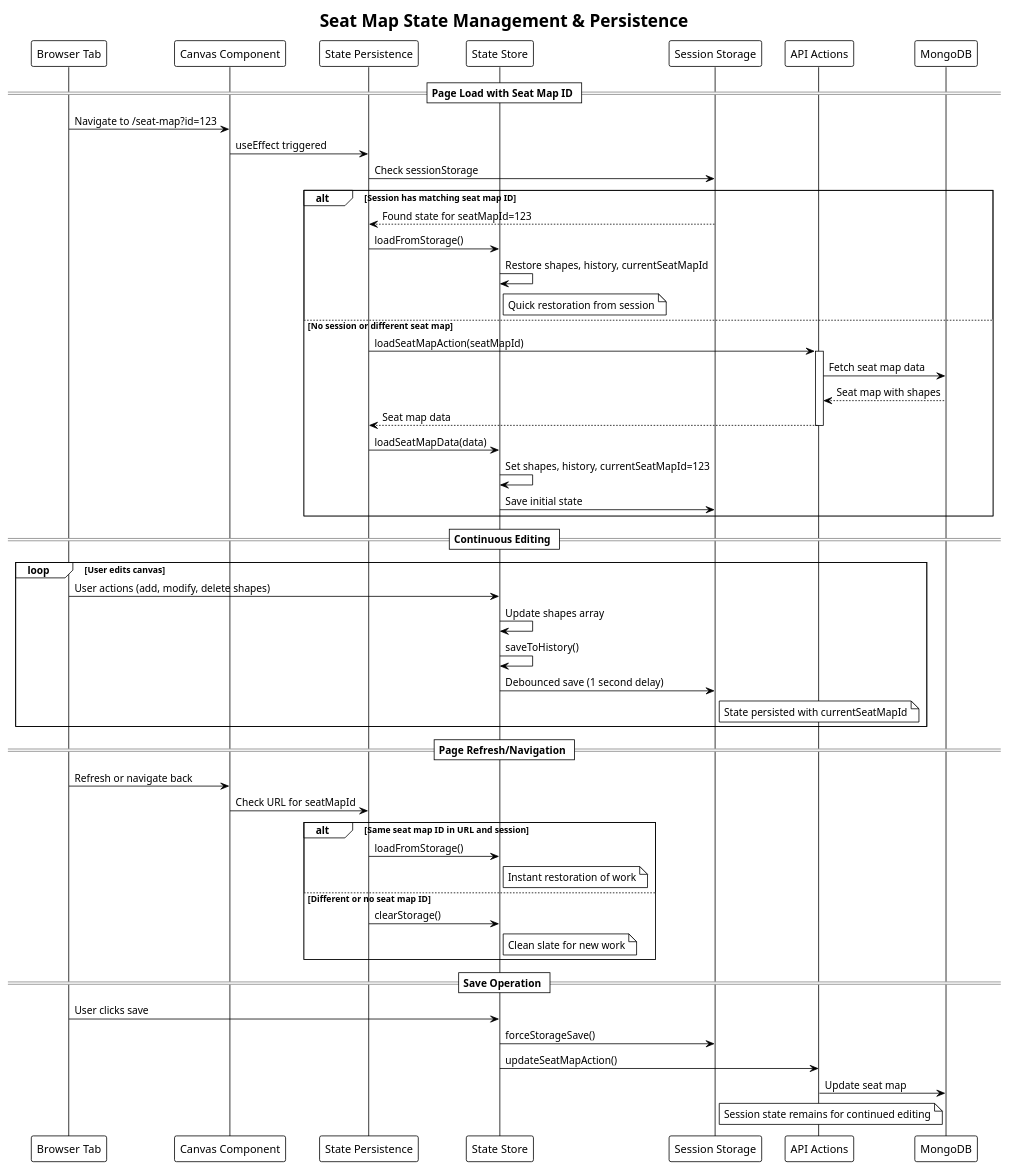
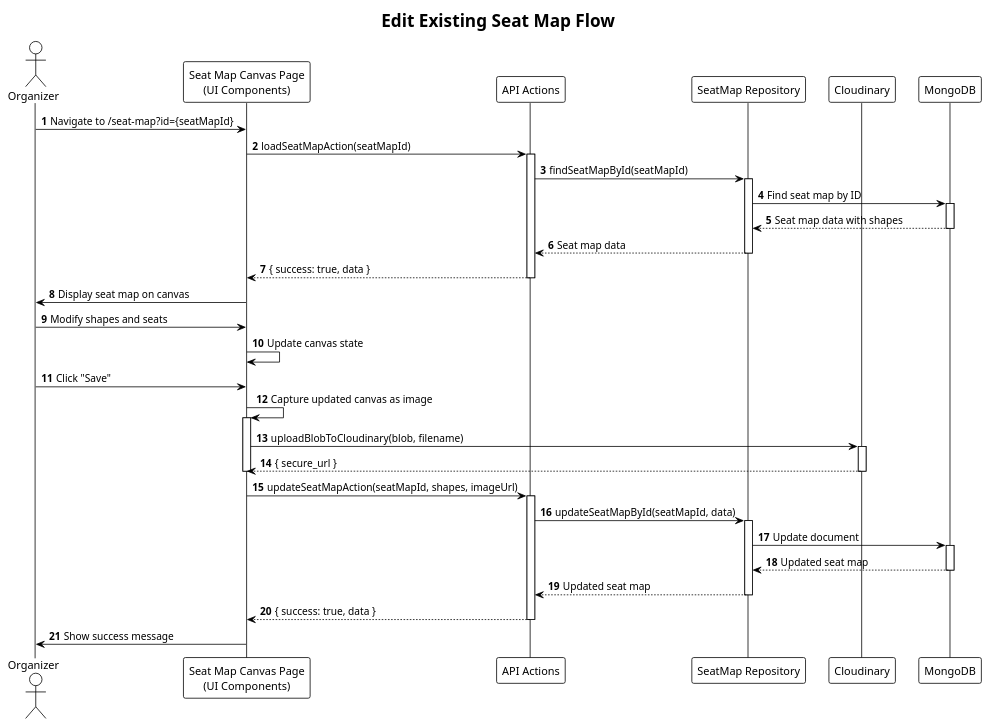
The fifth of 6 diagrams in puml/seat-map.puml (VieTicket/vieticket-monorepo), drawn with PlantUML before and after one commit. The commit also changed other lines of this file and 183 other files, not shown here.

```diff
--- a/puml/seat-map.puml
+++ b/puml/seat-map.puml
@@ -223,63 +289,61 @@
-@startuml seat-map-state-management
+@startuml edit-existing-seat-map
+autonumber
 !theme plain
-title Seat Map State Management & Persistence
+title Edit Existing Seat Map Flow
 
-participant "Browser Tab" as Browser
-participant "Canvas Component" as Canvas
-participant "State Persistence" as Persistence
-participant "State Store" as Store
-participant "Session Storage" as Session
+actor Organizer
+participant "Seat Map Canvas Page\n(UI Components)" as Page
 participant "API Actions" as Actions
+participant "SeatMap Repository" as Repo
+participant "Cloudinary" as Cloud
 participant "MongoDB" as MongoDB
 
-== Page Load with Seat Map ID ==
-Browser -> Canvas: Navigate to /seat-map?id=123
-Canvas -> Persistence: useEffect triggered
-Persistence -> Session: Check sessionStorage
+Organizer -> Page: Navigate to /seat-map?id={seatMapId}
 
-alt Session has matching seat map ID
-    Session --> Persistence: Found state for seatMapId=123
-    Persistence -> Store: loadFromStorage()
-    Store -> Store: Restore shapes, history, currentSeatMapId
-    Note right of Store: Quick restoration from session
-else No session or different seat map
-    Persistence -> Actions: loadSeatMapAction(seatMapId)
-    activate Actions
-    Actions -> MongoDB: Fetch seat map data
-    MongoDB --> Actions: Seat map with shapes
-    Actions --> Persistence: Seat map data
-    deactivate Actions
-    
-    Persistence -> Store: loadSeatMapData(data)
-    Store -> Store: Set shapes, history, currentSeatMapId=123
-    Store -> Session: Save initial state
-end
+Page -> Actions: loadSeatMapAction(seatMapId)
+activate Actions
 
-== Continuous Editing ==
-loop User edits canvas
-    Browser -> Store: User actions (add, modify, delete shapes)
-    Store -> Store: Update shapes array
-    Store -> Store: saveToHistory()
-    Store -> Session: Debounced save (1 second delay)
-    Note right of Session: State persisted with currentSeatMapId
-end
+Actions -> Repo: findSeatMapById(seatMapId)
+activate Repo
+Repo -> MongoDB: Find seat map by ID
+activate MongoDB
+MongoDB --> Repo: Seat map data with shapes
+deactivate MongoDB
+Repo --> Actions: Seat map data
+deactivate Repo
 
-== Page Refresh/Navigation ==
-Browser -> Canvas: Refresh or navigate back
-Canvas -> Persistence: Check URL for seatMapId
-alt Same seat map ID in URL and session
-    Persistence -> Store: loadFromStorage()
-    Note right of Store: Instant restoration of work
-else Different or no seat map ID
-    Persistence -> Store: clearStorage()
-    Note right of Store: Clean slate for new work
-end
+Actions --> Page: { success: true, data }
+deactivate Actions
 
-== Save Operation ==
-Browser -> Store: User clicks save
-Store -> Session: forceStorageSave()
-Store -> Actions: updateSeatMapAction()
-Actions -> MongoDB: Update seat map
-Note right of Session: Session state remains for continued editing
+Page -> Organizer: Display seat map on canvas
+
+Organizer -> Page: Modify shapes and seats
+Page -> Page: Update canvas state
+
+Organizer -> Page: Click "Save"
+Page -> Page: Capture updated canvas as image
+activate Page
+Page -> Cloud: uploadBlobToCloudinary(blob, filename)
+activate Cloud
+Cloud --> Page: { secure_url }
+deactivate Cloud
+deactivate Page
+
+Page -> Actions: updateSeatMapAction(seatMapId, shapes, imageUrl)
+activate Actions
+
+Actions -> Repo: updateSeatMapById(seatMapId, data)
+activate Repo
+Repo -> MongoDB: Update document
+activate MongoDB
+MongoDB --> Repo: Updated seat map
+deactivate MongoDB
+Repo --> Actions: Updated seat map
+deactivate Repo
+
+Actions --> Page: { success: true, data }
+deactivate Actions
+
+Page -> Organizer: Show success message
 
 @enduml
```
